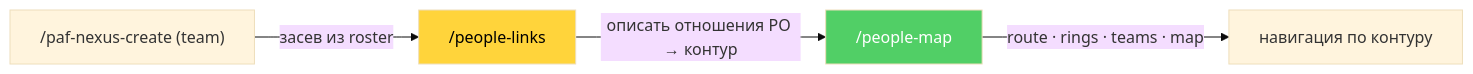
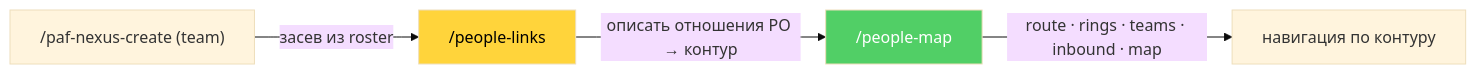
Before and after one commit to kibarik/po-helper: the second of 4 diagrams in README.md, drawn with Mermaid (base theme). The commit also changed other lines of this file, not shown here.

````diff
--- a/README.md
+++ b/README.md
@@ -87,8 +105,8 @@
 ```mermaid
 flowchart LR
     N["/paf-nexus-create (team)"] -->|"засев из roster"| L["/people-links"]
     L -->|"описать отношения PO → контур"| M["/people-map"]
-    M -->|"route · rings · teams · map"| Nav["навигация по контуру"]
+    M -->|"route · rings · teams · inbound · map"| Nav["навигация по контуру"]
     style L fill:#ffd43b,color:#000
     style M fill:#51cf66,color:#fff
 ```
````
